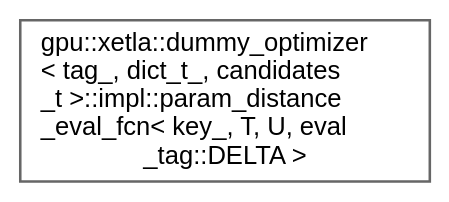
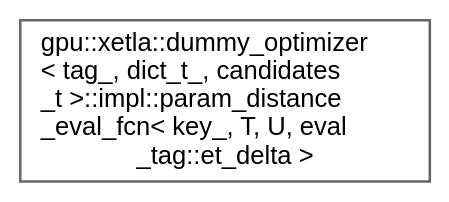
Before and after one commit to intel/xetla: the diagram in docs/inherit_graph_55.dot, drawn with Graphviz. The commit also changed 313 other files, not shown here.

```diff
--- a/docs/inherit_graph_55.dot
+++ b/docs/inherit_graph_55.dot
@@ -1,9 +1,9 @@
 digraph "Graphical Class Hierarchy"
 {
  // LATEX_PDF_SIZE
   bgcolor="transparent";
   edge [fontname=Helvetica,fontsize=10,labelfontname=Helvetica,labelfontsize=10];
   node [fontname=Helvetica,fontsize=10,shape=box,height=0.2,width=0.4];
   rankdir="LR";
-  Node0 [id="Node000000",label="gpu::xetla::dummy_optimizer\l\< tag_, dict_t_, candidates\l_t \>::impl::param_distance\l_eval_fcn\< key_, T, U, eval\l_tag::DELTA \>",height=0.2,width=0.4,color="grey40", fillcolor="white", style="filled",URL="$structgpu_1_1xetla_1_1dummy__optimizer_1_1impl_1_1param__distance__eval__fcn_3_01key___00_01T_0082b1f7d198f165c5d7854a0866163719.html",tooltip=" "];
+  Node0 [id="Node000000",label="gpu::xetla::dummy_optimizer\l\< tag_, dict_t_, candidates\l_t \>::impl::param_distance\l_eval_fcn\< key_, T, U, eval\l_tag::et_delta \>",height=0.2,width=0.4,color="grey40", fillcolor="white", style="filled",URL="$structgpu_1_1xetla_1_1dummy__optimizer_1_1impl_1_1param__distance__eval__fcn_3_01key___00_01T_00056001a53dd7e6a15bbb12ae591a4d44.html",tooltip=" "];
 }
```
